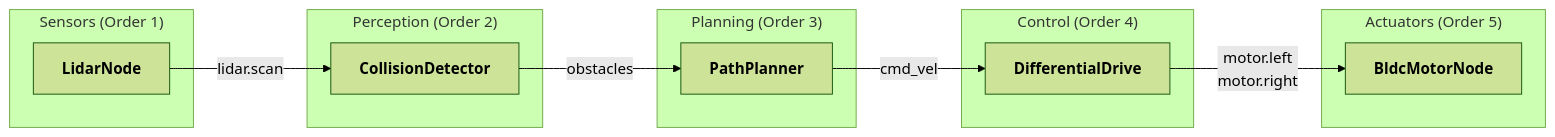
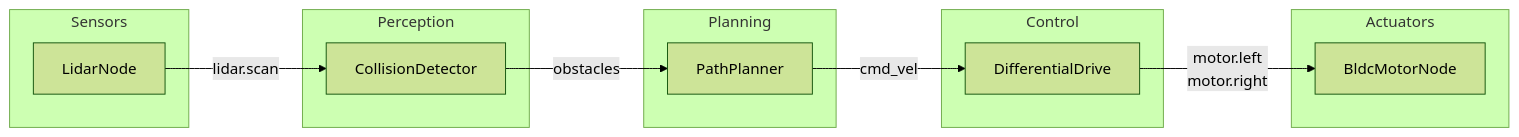
Before and after one commit to softmata/horus: the diagram in README.md, drawn with Mermaid (forest theme). The commit also changed other lines of this file and 8 other files, not shown here.

````diff
--- a/README.md
+++ b/README.md
@@ -61,27 +47,27 @@
 ```mermaid
 flowchart LR
-    subgraph SENSORS["Sensors (Order 1)"]
-        LIDAR["<b>LidarNode</b>"]
+    subgraph SENSORS["Sensors"]
+        LIDAR["LidarNode"]
     end
 
-    subgraph PERCEPTION["Perception (Order 2)"]
-        COLLISION["<b>CollisionDetector</b>"]
+    subgraph PERCEPTION["Perception"]
+        COLLISION["CollisionDetector"]
     end
 
-    subgraph PLANNING["Planning (Order 3)"]
-        PATH["<b>PathPlanner</b>"]
+    subgraph PLANNING["Planning"]
+        PATH["PathPlanner"]
     end
 
-    subgraph CONTROL["Control (Order 4)"]
-        DRIVE["<b>DifferentialDrive</b>"]
+    subgraph CONTROL["Control"]
+        DRIVE["DifferentialDrive"]
     end
 
-    subgraph ACTUATORS["Actuators (Order 5)"]
-        BLDC["<b>BldcMotorNode</b>"]
+    subgraph ACTUATORS["Actuators"]
+        BLDC["BldcMotorNode"]
     end
 
     LIDAR -->|"lidar.scan"| COLLISION
     COLLISION -->|"obstacles"| PATH
     PATH -->|"cmd_vel"| DRIVE
     DRIVE -->|"motor.left<br/>motor.right"| BLDC
 ```
````
